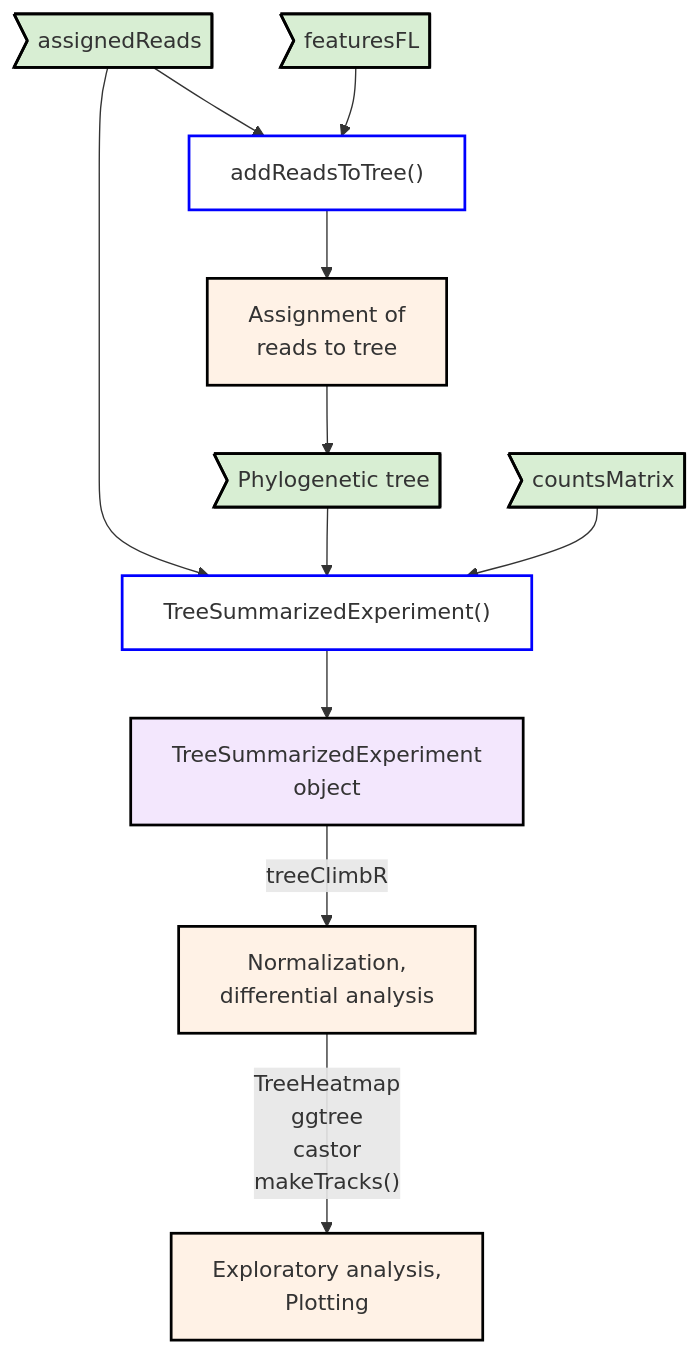
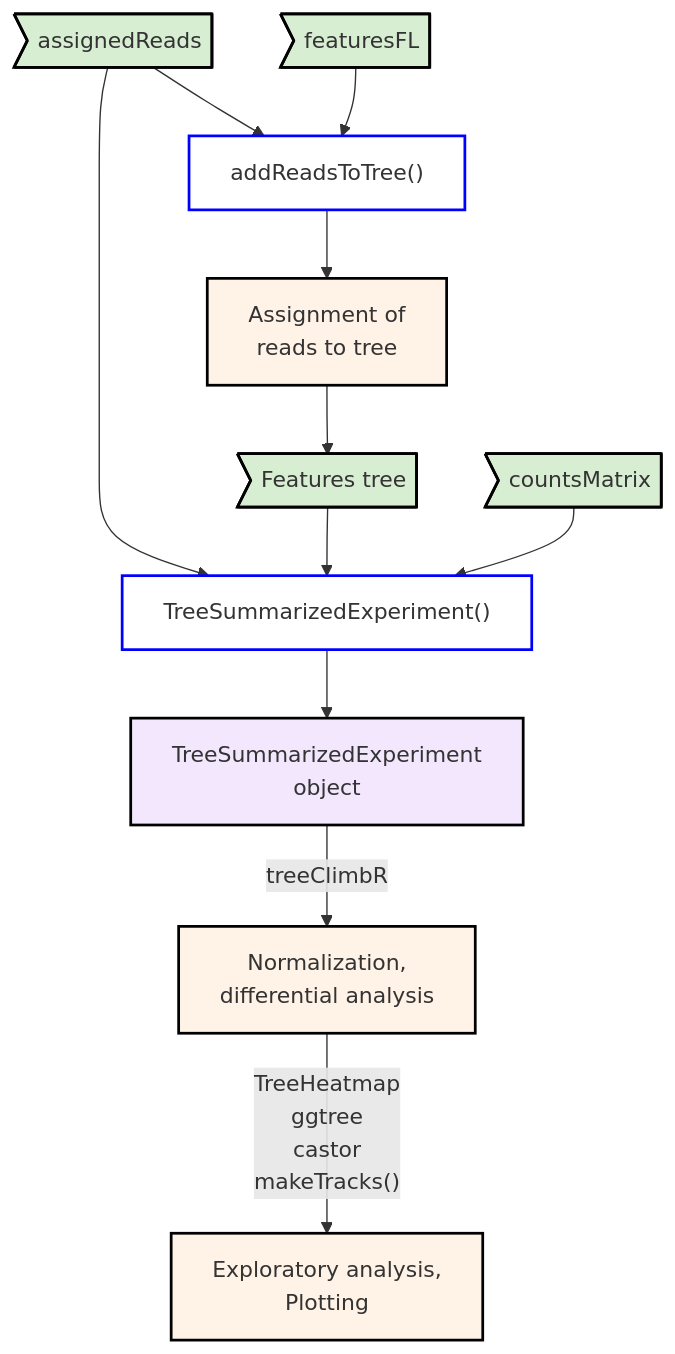
One commit to dktanwar/PhD_thesis changed the diagram in figure/shortRNA/04_tse.mmd. Above: the diagram before and after it, drawn with Mermaid. The commit also changed 225 other files, not shown here.

```diff
--- a/figure/shortRNA/04_tse.mmd
+++ b/figure/shortRNA/04_tse.mmd
@@ -1,32 +1,32 @@
 graph TD
 
 ART["addReadsToTree()"]
 TSE["TreeSummarizedExperiment()"]
 
 AR>assignedReads]-->ART
 FL>featuresFL]-->ART
 
 
-tree-->pt>Phylogenetic tree]
+tree-->pt>Features tree]
 
 ART-->tree["Assignment of<br>reads to tree"]
 
 AR-->TSE
 pt-->TSE
 CO>countsMatrix]-->TSE
 TSE-->tse[TreeSummarizedExperiment<br>object]
 
 tse-->|treeClimbR|norm[Normalization,<br>differential analysis]
 norm-->|"TreeHeatmap<br>ggtree<br>castor<br>makeTracks()"|eda[Exploratory analysis,<br>Plotting]
 
 
 style AR stroke:black,stroke-width:2px,fill:#D8EED3;
 style FL stroke:black,stroke-width:2px,fill:#D8EED3;
 style pt stroke:black,stroke-width:2px,fill:#D8EED3;
 style CO stroke:black,stroke-width:2px,fill:#D8EED3;
 style norm stroke:black,stroke-width:2px,fill:#fff2e6;
 style eda stroke:black,stroke-width:2px,fill:#fff2e6;
 style tree stroke:black,stroke-width:2px,fill:#fff2e6;
 style tse fill:#F3E7FD,stroke:black,stroke-width:2px;
 style ART stroke:blue,stroke-width:2px,fill:white;
 style TSE stroke:blue,stroke-width:2px,fill:white;
```
